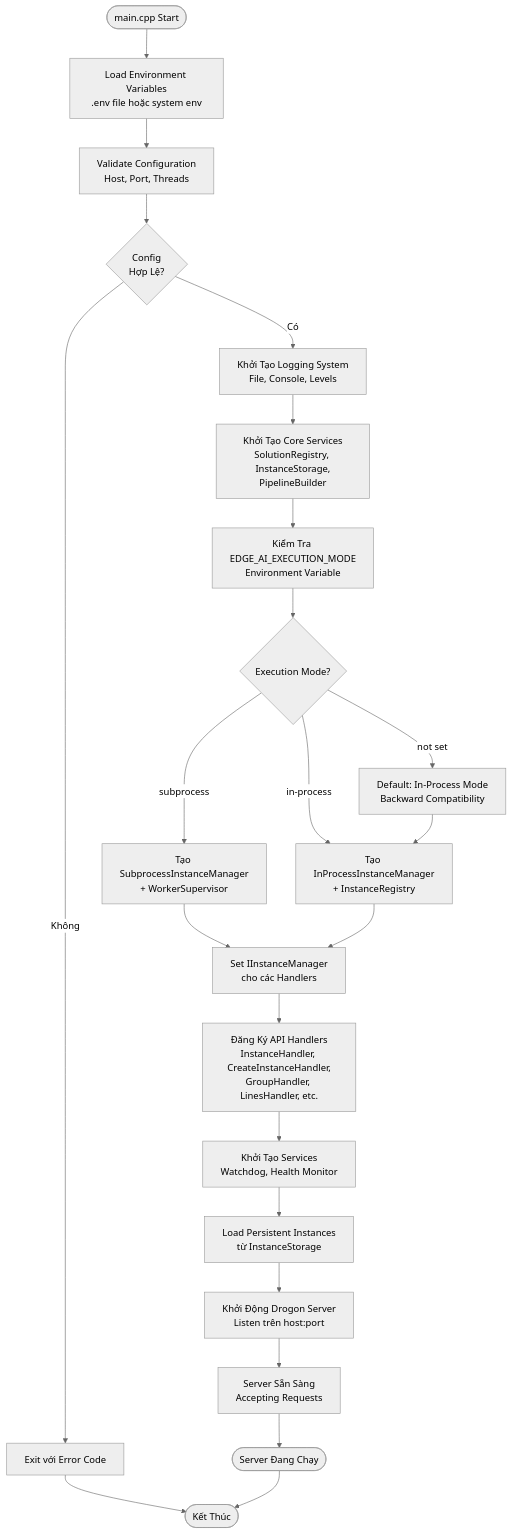
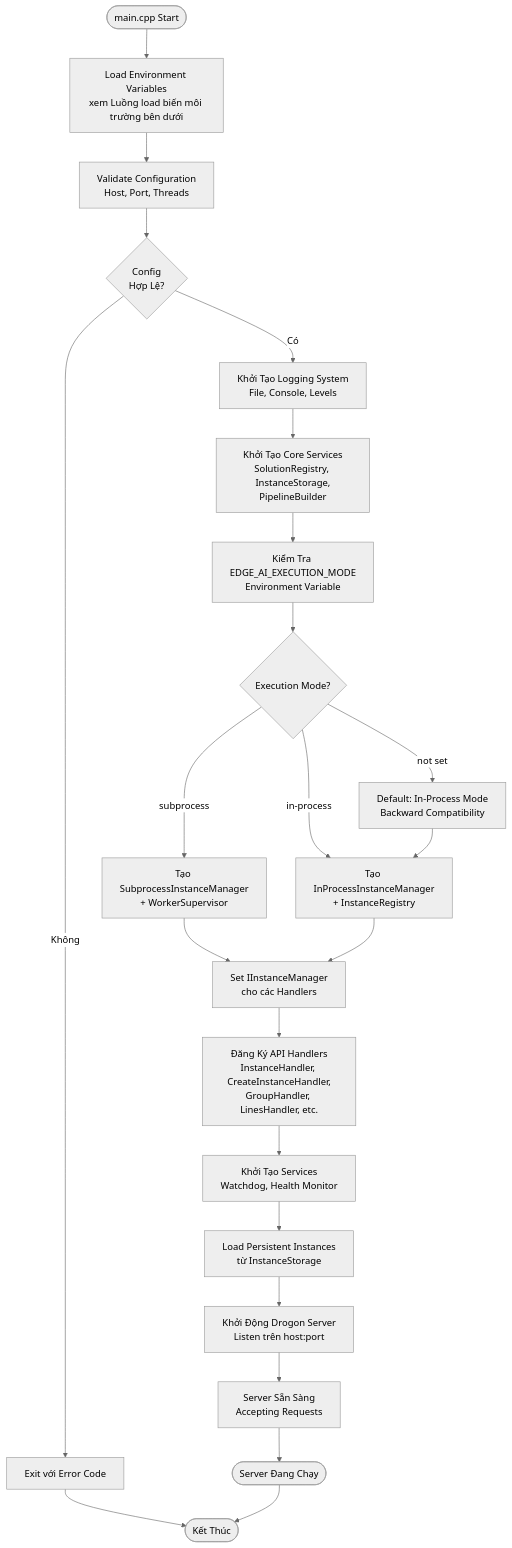
The seventh of 13 diagrams in docs/ARCHITECTURE.md (cvedix/omniapi), drawn with Mermaid (neutral theme) before and after one commit. The commit also changed other lines of this file, not shown here.

First line of the commit message:
docs(architecture): env load flow (dev vs production)

````diff
--- a/docs/ARCHITECTURE.md
+++ b/docs/ARCHITECTURE.md
@@ -212,26 +212,26 @@
 ```mermaid
 flowchart TD
-    Start([main.cpp Start]) --> LoadEnv[Load Environment Variables<br/>.env file hoặc system env]
+    Start([main.cpp Start]) --> LoadEnv[Load Environment Variables<br/>xem Luồng load biến môi trường bên dưới]
     LoadEnv --> ValidateConfig[Validate Configuration<br/>Host, Port, Threads]
     ValidateConfig --> ConfigInvalid{Config<br/>Hợp Lệ?}
     ConfigInvalid -->|Không| ExitError[Exit với Error Code]
     ConfigInvalid -->|Có| InitLogging[Khởi Tạo Logging System<br/>File, Console, Levels]
     InitLogging --> InitCoreServices[Khởi Tạo Core Services<br/>SolutionRegistry, InstanceStorage,<br/>PipelineBuilder]
     InitCoreServices --> CheckExecutionMode[Kiểm Tra EDGE_AI_EXECUTION_MODE<br/>Environment Variable]
     CheckExecutionMode --> ModeDecision{Execution Mode?}
     ModeDecision -->|subprocess| CreateSubprocessManager[Tạo SubprocessInstanceManager<br/>+ WorkerSupervisor]
     ModeDecision -->|in-process| CreateInProcessManager[Tạo InProcessInstanceManager<br/>+ InstanceRegistry]
     ModeDecision -->|not set| DefaultInProcess[Default: In-Process Mode<br/>Backward Compatibility]
     DefaultInProcess --> CreateInProcessManager
     CreateSubprocessManager --> SetInstanceManager[Set IInstanceManager<br/>cho các Handlers]
     CreateInProcessManager --> SetInstanceManager
     SetInstanceManager --> RegisterHandlers[Đăng Ký API Handlers<br/>InstanceHandler, CreateInstanceHandler,<br/>GroupHandler, LinesHandler, etc.]
     RegisterHandlers --> InitServices[Khởi Tạo Services<br/>Watchdog, Health Monitor]
     InitServices --> LoadPersistentInstances[Load Persistent Instances<br/>từ InstanceStorage]
     LoadPersistentInstances --> StartDrogon[Khởi Động Drogon Server<br/>Listen trên host:port]
     StartDrogon --> ServerReady[Server Sẵn Sàng<br/>Accepting Requests]
     ServerReady --> Running([Server Đang Chạy])
 
     ExitError --> End([Kết Thúc])
     Running --> End
 ```
````
